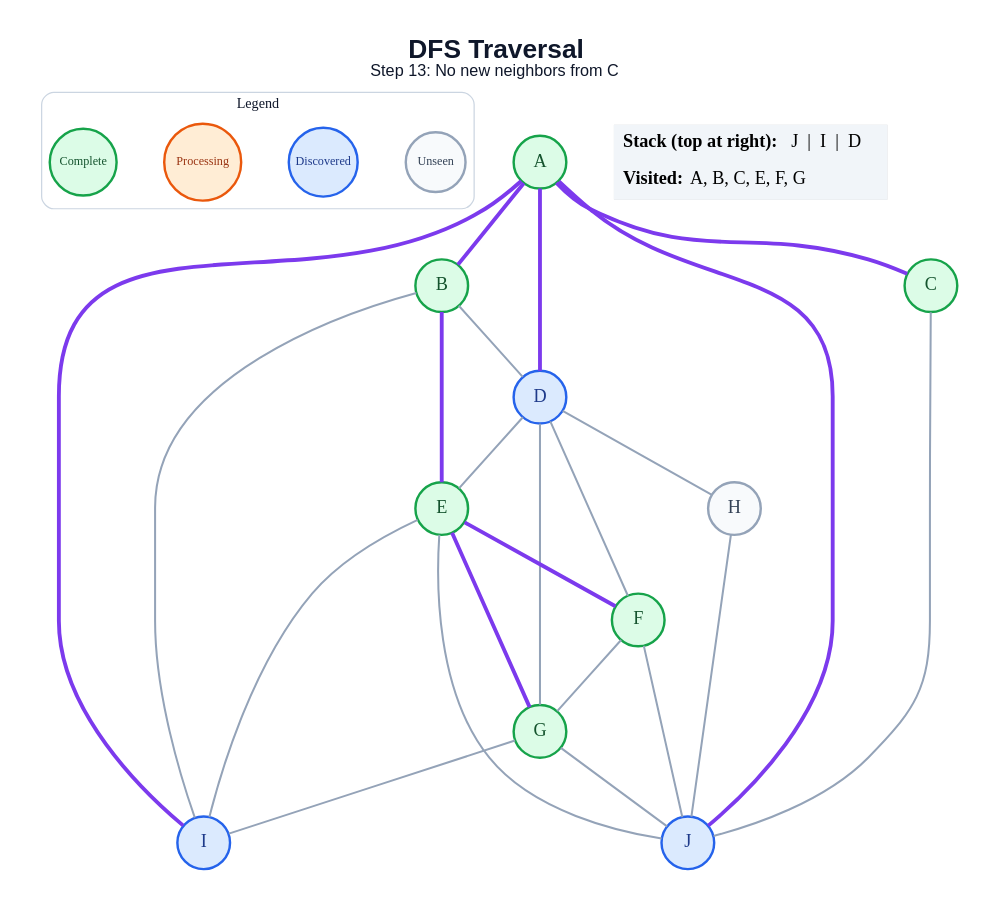
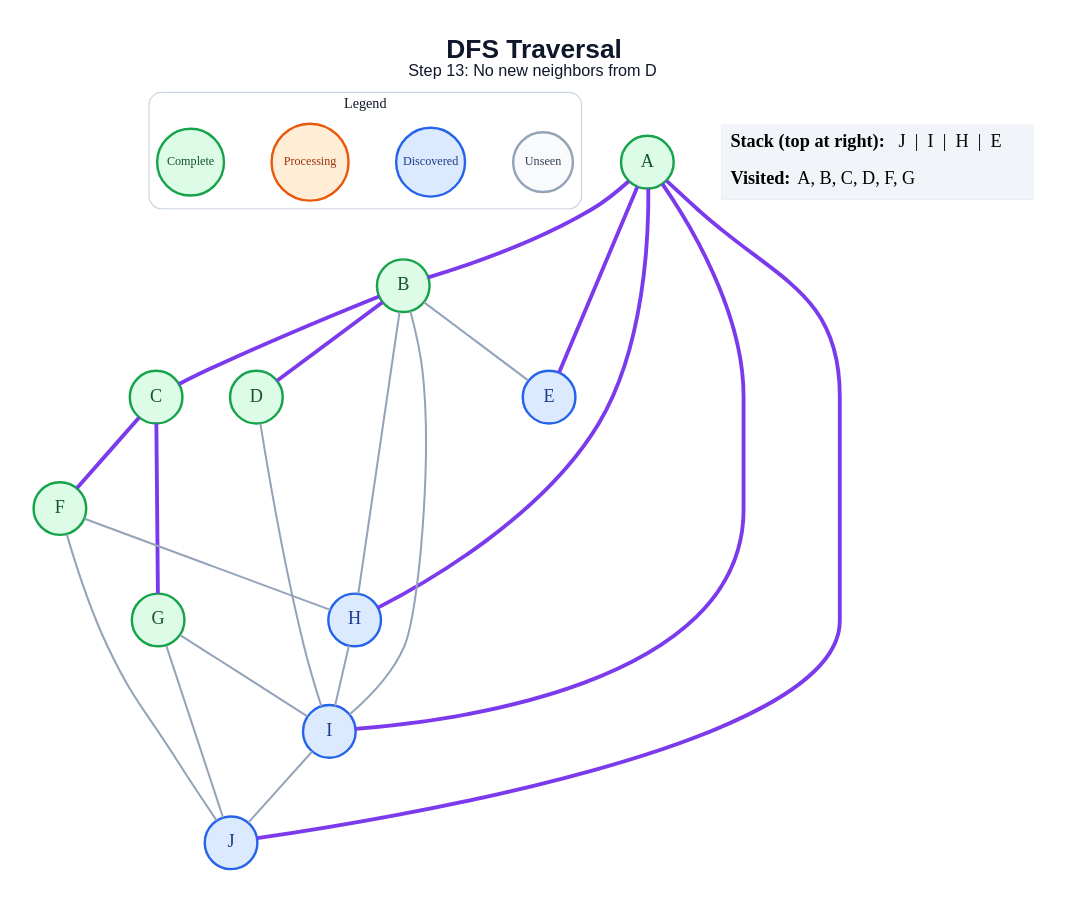
Before and after one commit to amanghodawala9/ai-slop: the diagram in generated/dfs/step_13.dot, drawn with Graphviz. The commit also changed 178 other files, not shown here.

```diff
--- a/generated/dfs/step_13.dot
+++ b/generated/dfs/step_13.dot
@@ -1,51 +1,48 @@
 graph traversal {
   graph [layout=dot, rankdir=TB, bgcolor="#FFFFFF", pad="0.35", nodesep="0.65", ranksep="0.8", fontname="Arial"];
   node [shape=circle, style="filled", fontname="Arial Bold", fontsize=18, width=0.72, fixedsize=true, penwidth=2.4];
   edge [color="#94A3B8", penwidth=2.0];
-  label=<<B>DFS Traversal</B><BR/><FONT POINT-SIZE="16">Step 13: No new neighbors from C</FONT>>; labelloc="t"; fontsize=26; fontname="Arial"; fontcolor="#0F172A";
+  label=<<B>DFS Traversal</B><BR/><FONT POINT-SIZE="16">Step 13: No new neighbors from D</FONT>>; labelloc="t"; fontsize=26; fontname="Arial"; fontcolor="#0F172A";
   subgraph cluster_legend { label="Legend"; color="#CBD5E1"; penwidth=1.2; style="rounded"; fontsize=14; fontname="Arial Bold";
     key_unseen [label="Unseen", fillcolor="#F8FAFC", color="#94A3B8", fontcolor="#334155", fontsize=12, width=0.82];
     key_frontier [label="Discovered", fillcolor="#DBEAFE", color="#2563EB", fontcolor="#1E3A8A", fontsize=12, width=0.95];
     key_current [label="Processing", fillcolor="#FFEDD5", color="#EA580C", fontcolor="#9A3412", fontsize=12, width=1.05];
     key_done [label="Complete", fillcolor="#DCFCE7", color="#16A34A", fontcolor="#14532D", fontsize=12, width=0.92];
     { rank=same; key_unseen; key_frontier; key_current; key_done; }
   }
   A [fillcolor="#DCFCE7", color="#16A34A", fontcolor="#14532D"];
   B [fillcolor="#DCFCE7", color="#16A34A", fontcolor="#14532D"];
   C [fillcolor="#DCFCE7", color="#16A34A", fontcolor="#14532D"];
-  D [fillcolor="#DBEAFE", color="#2563EB", fontcolor="#1E3A8A"];
-  E [fillcolor="#DCFCE7", color="#16A34A", fontcolor="#14532D"];
+  D [fillcolor="#DCFCE7", color="#16A34A", fontcolor="#14532D"];
+  E [fillcolor="#DBEAFE", color="#2563EB", fontcolor="#1E3A8A"];
   F [fillcolor="#DCFCE7", color="#16A34A", fontcolor="#14532D"];
   G [fillcolor="#DCFCE7", color="#16A34A", fontcolor="#14532D"];
-  H [fillcolor="#F8FAFC", color="#94A3B8", fontcolor="#334155"];
+  H [fillcolor="#DBEAFE", color="#2563EB", fontcolor="#1E3A8A"];
   I [fillcolor="#DBEAFE", color="#2563EB", fontcolor="#1E3A8A"];
   J [fillcolor="#DBEAFE", color="#2563EB", fontcolor="#1E3A8A"];
   A -- B [color="#7C3AED", penwidth=3.8];
-  A -- C [color="#7C3AED", penwidth=3.8];
-  A -- D [color="#7C3AED", penwidth=3.8];
+  A -- E [color="#7C3AED", penwidth=3.8];
+  A -- H [color="#7C3AED", penwidth=3.8];
   A -- I [color="#7C3AED", penwidth=3.8];
   A -- J [color="#7C3AED", penwidth=3.8];
-  B -- D;
-  B -- E [color="#7C3AED", penwidth=3.8];
+  B -- C [color="#7C3AED", penwidth=3.8];
+  B -- D [color="#7C3AED", penwidth=3.8];
+  B -- E;
+  B -- H;
   B -- I;
-  C -- J;
-  D -- E;
-  D -- F;
-  D -- G;
-  D -- H;
-  E -- F [color="#7C3AED", penwidth=3.8];
-  E -- G [color="#7C3AED", penwidth=3.8];
-  E -- I;
-  E -- J;
-  F -- G;
+  C -- F [color="#7C3AED", penwidth=3.8];
+  C -- G [color="#7C3AED", penwidth=3.8];
+  D -- I;
+  F -- H;
   F -- J;
   G -- I;
   G -- J;
-  H -- J;
+  H -- I;
+  I -- J;
   status [shape=plain, fixedsize=false, width=0, height=0, margin=0, label=<
     <TABLE BORDER="0" CELLBORDER="0" CELLPADDING="7" BGCOLOR="#F1F5F9">
-      <TR><TD ALIGN="LEFT"><B>Stack (top at right):</B> J  |  I  |  D</TD></TR>
-      <TR><TD ALIGN="LEFT"><B>Visited:</B> A, B, C, E, F, G</TD></TR>
+      <TR><TD ALIGN="LEFT"><B>Stack (top at right):</B> J  |  I  |  H  |  E</TD></TR>
+      <TR><TD ALIGN="LEFT"><B>Visited:</B> A, B, C, D, F, G</TD></TR>
     </TABLE>
   >];
 }
```
